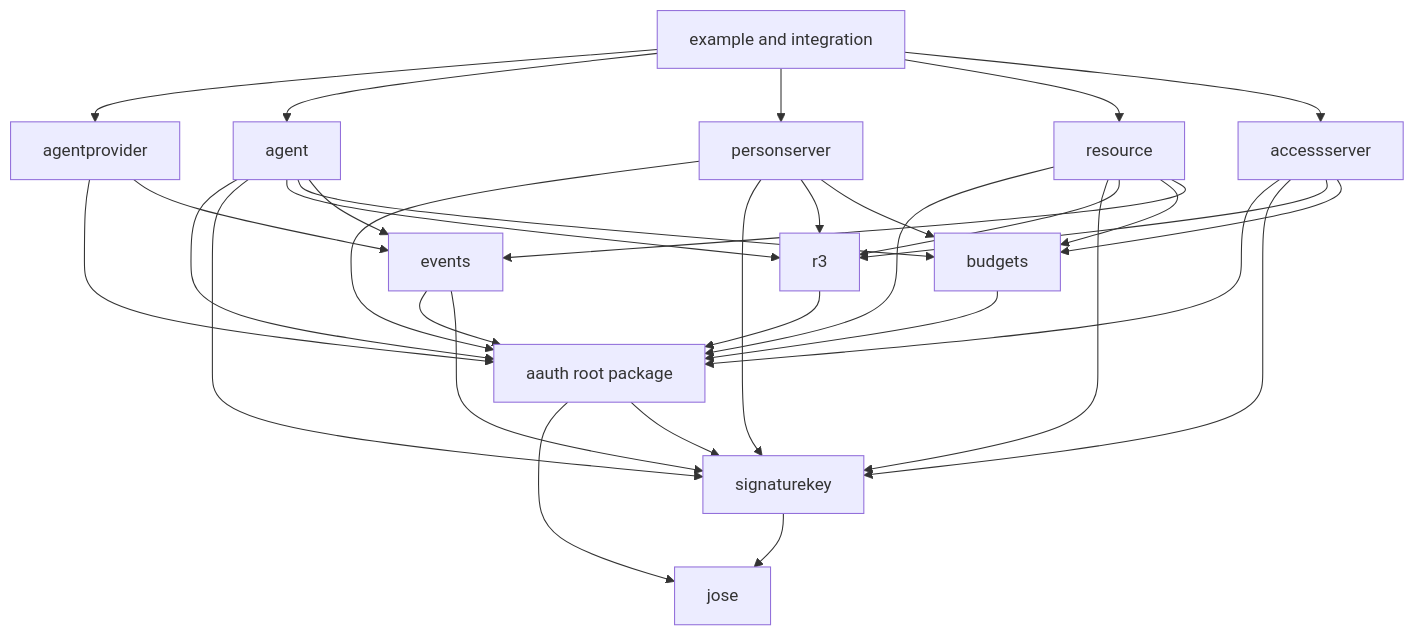
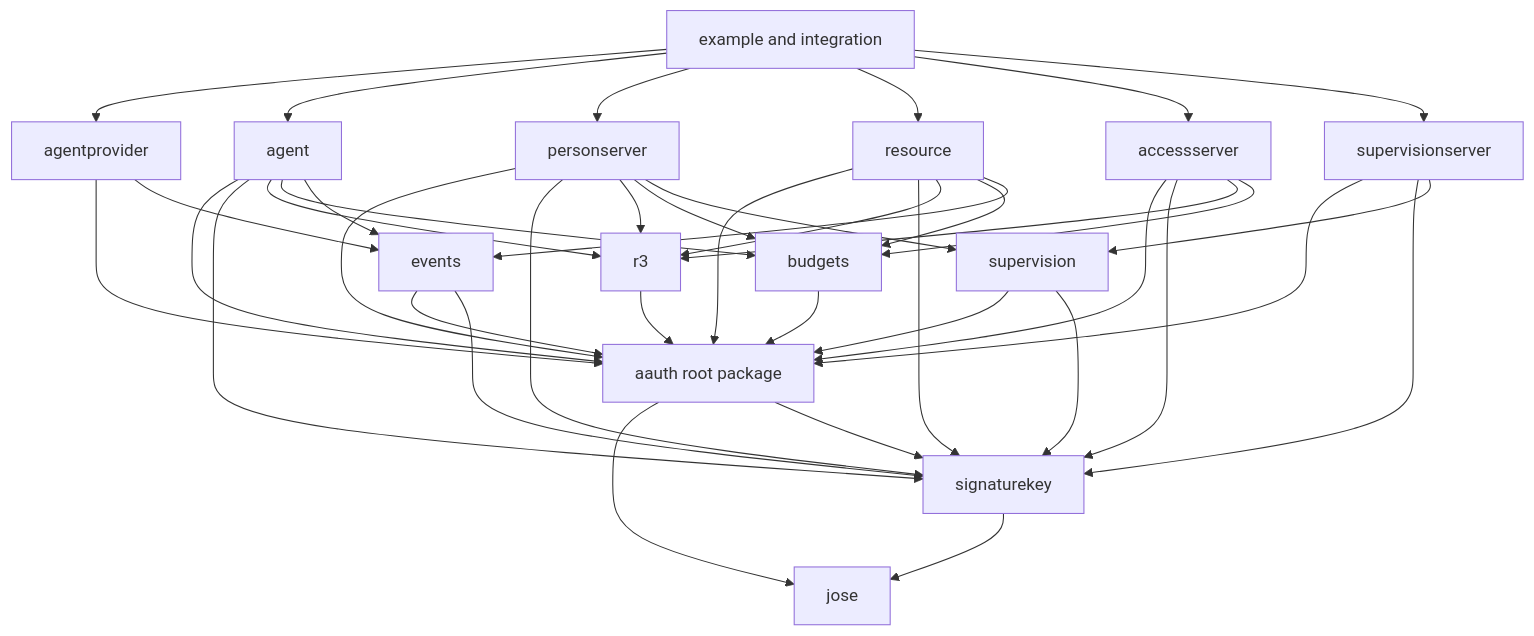
Before and after one commit to sidecat-dev/aauth-go: the diagram in ARCHITECTURE.md, drawn with Mermaid. The commit also changed other lines of this file and 39 other files, not shown here.

````diff
--- a/ARCHITECTURE.md
+++ b/ARCHITECTURE.md
@@ -140,52 +155,61 @@
 ```mermaid
 flowchart TD
     jose[jose]
     sk[signaturekey]
     core[aauth root package]
     r3[r3]
     budgets[budgets]
     events[events]
+    supervision[supervision]
 
     ap[agentprovider]
     agent[agent]
     ps[personserver]
     resource[resource]
     as[accessserver]
+    ss[supervisionserver]
     examples[example and integration]
 
     sk --> jose
     core --> jose
     core --> sk
     r3 --> core
     budgets --> core
     events --> core
     events --> sk
+    supervision --> core
+    supervision --> sk
 
     ap --> core
     ap --> events
     agent --> core
     agent --> sk
     agent --> r3
     agent --> budgets
     agent --> events
     ps --> core
     ps --> sk
     ps --> r3
     ps --> budgets
+    ps --> supervision
+    ss --> core
+    ss --> sk
+    ss --> supervision
     resource --> core
     resource --> sk
     resource --> r3
     resource --> budgets
     resource --> events
     as --> core
     as --> sk
     as --> r3
     as --> budgets
 
     examples --> ap
     examples --> agent
     examples --> ps
     examples --> resource
     examples --> as
+    examples --> ss
 
 ```
````
